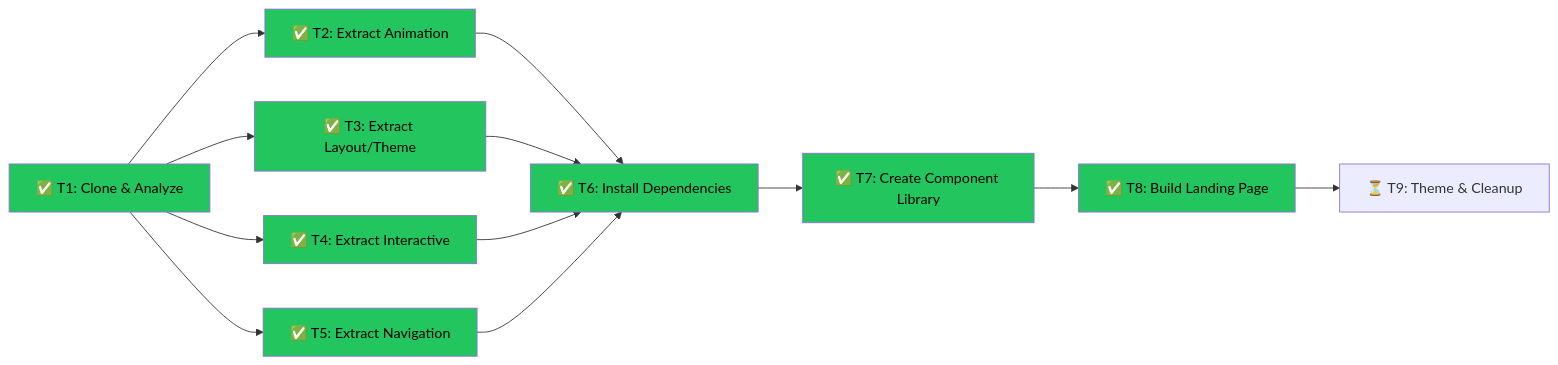
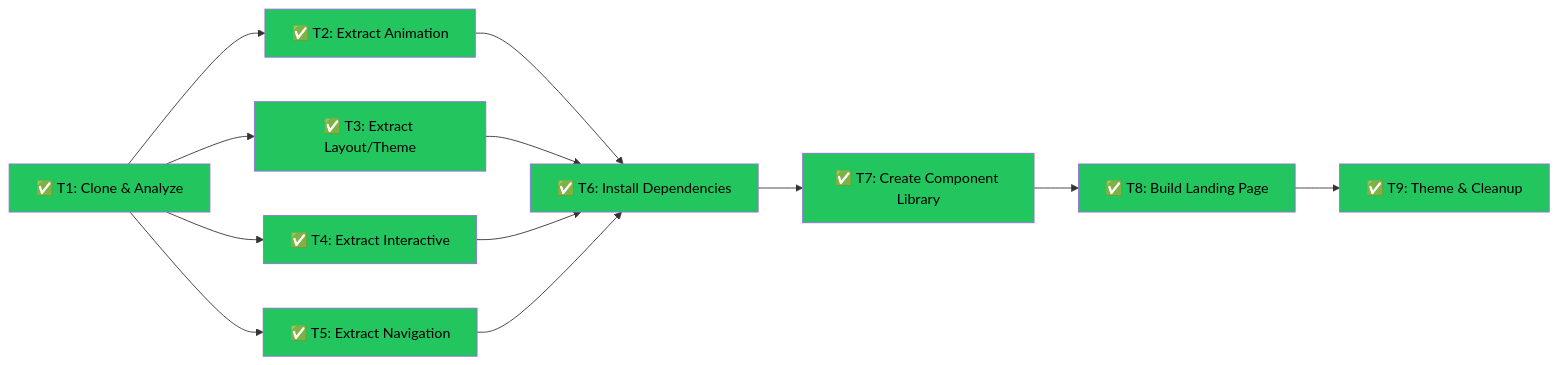
Before and after one commit to blueif16/astro-blog: the diagram in .tasks/main.md, drawn with Mermaid. The commit also changed other lines of this file and 6 other files, not shown here.

````diff
--- a/.tasks/main.md
+++ b/.tasks/main.md
@@ -6,22 +16,23 @@
 ```mermaid
 graph LR
     T1["✅ T1: Clone & Analyze"] --> T2["✅ T2: Extract Animation"]
     T1 --> T3["✅ T3: Extract Layout/Theme"]
     T1 --> T4["✅ T4: Extract Interactive"]
     T1 --> T5["✅ T5: Extract Navigation"]
     T2 --> T6["✅ T6: Install Dependencies"]
     T3 --> T6
     T4 --> T6
     T5 --> T6
     T6 --> T7["✅ T7: Create Component Library"]
     T7 --> T8["✅ T8: Build Landing Page"]
-    T8 --> T9["⏳ T9: Theme & Cleanup"]
+    T8 --> T9["✅ T9: Theme & Cleanup"]
     style T1 fill:#22c55e,color:#000
     style T2 fill:#22c55e,color:#000
     style T3 fill:#22c55e,color:#000
     style T4 fill:#22c55e,color:#000
     style T5 fill:#22c55e,color:#000
     style T6 fill:#22c55e,color:#000
     style T7 fill:#22c55e,color:#000
     style T8 fill:#22c55e,color:#000
+    style T9 fill:#22c55e,color:#000
 ```
````
